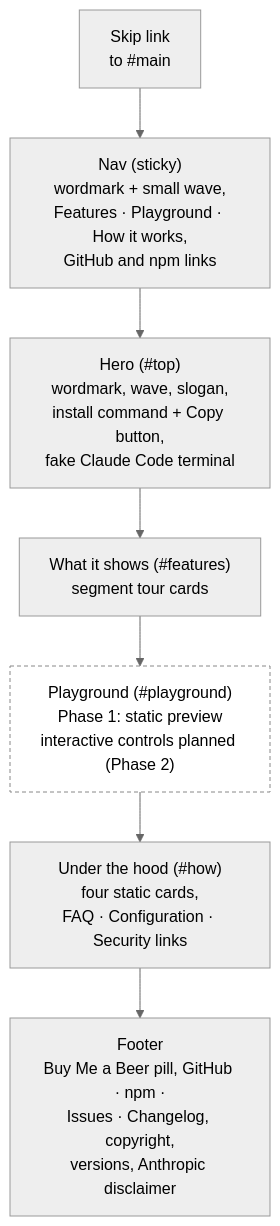
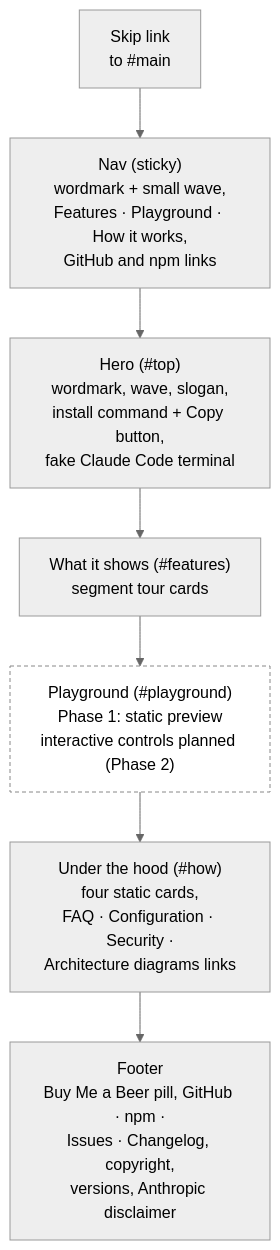
The first of 2 diagrams in diagrams/page-structure.md (carterptull/ampline-website), drawn with Mermaid (neutral theme) before and after one commit. The commit also changed 4 other files, not shown here.

Commit message:
docs: diagram accuracy fixes

````diff
--- a/diagrams/page-structure.md
+++ b/diagrams/page-structure.md
@@ -9,11 +9,11 @@
 ```mermaid
 flowchart TB
     skip["Skip link<br/>to #main"] --> nav["Nav (sticky)<br/>wordmark + small wave,<br/>Features · Playground · How it works,<br/>GitHub and npm links"]
     nav --> hero["Hero (#top)<br/>wordmark, wave, slogan,<br/>install command + Copy button,<br/>fake Claude Code terminal"]
     hero --> features["What it shows (#features)<br/>segment tour cards"]
     features --> play["Playground (#playground)<br/>Phase 1: static preview<br/>interactive controls planned (Phase 2)"]
-    play --> how["Under the hood (#how)<br/>four static cards,<br/>FAQ · Configuration · Security links"]
+    play --> how["Under the hood (#how)<br/>four static cards,<br/>FAQ · Configuration · Security ·<br/>Architecture diagrams links"]
     how --> footer["Footer<br/>Buy Me a Beer pill, GitHub · npm ·<br/>Issues · Changelog, copyright,<br/>versions, Anthropic disclaimer"]
 
     style play fill:transparent,stroke:#888,stroke-width:1px,stroke-dasharray: 4 3
 ```
````
